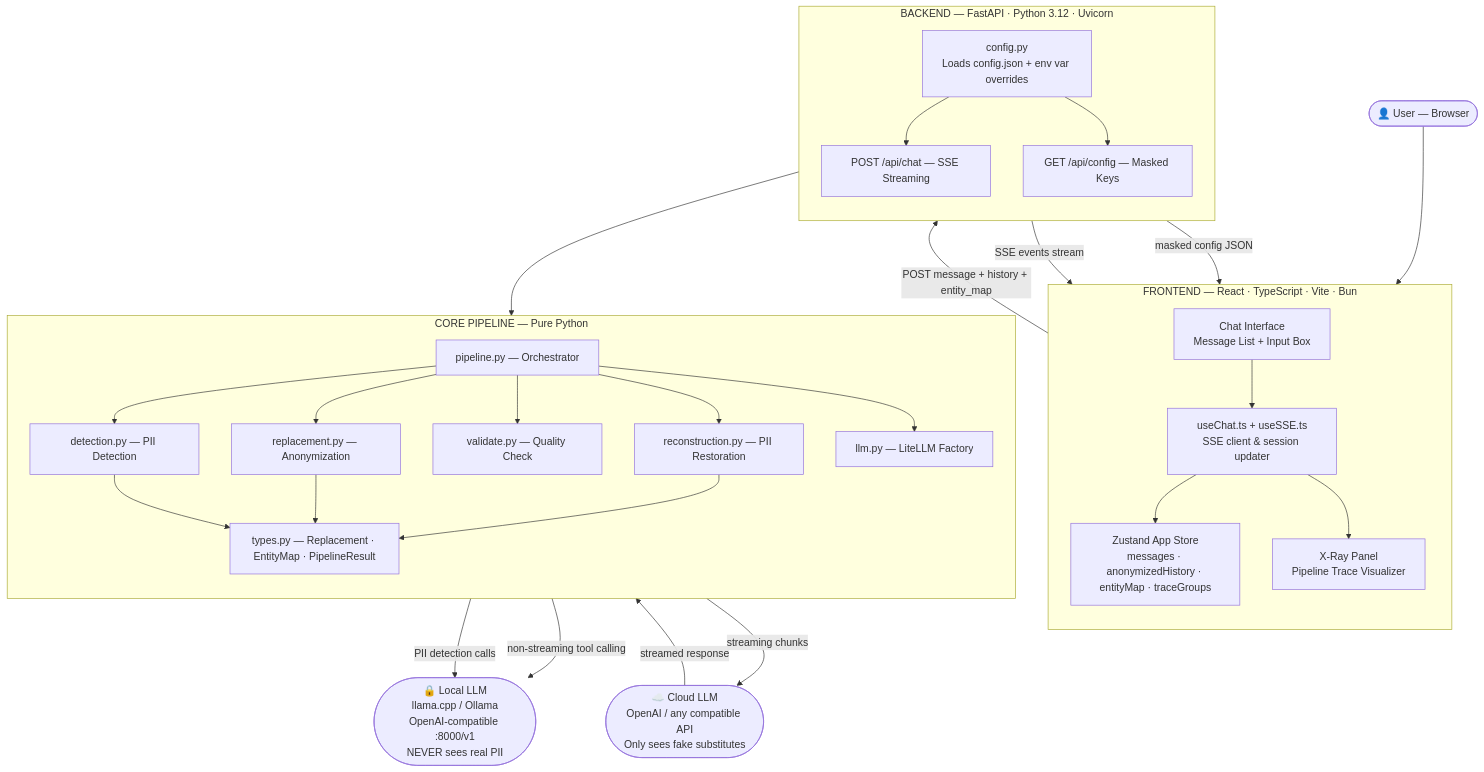
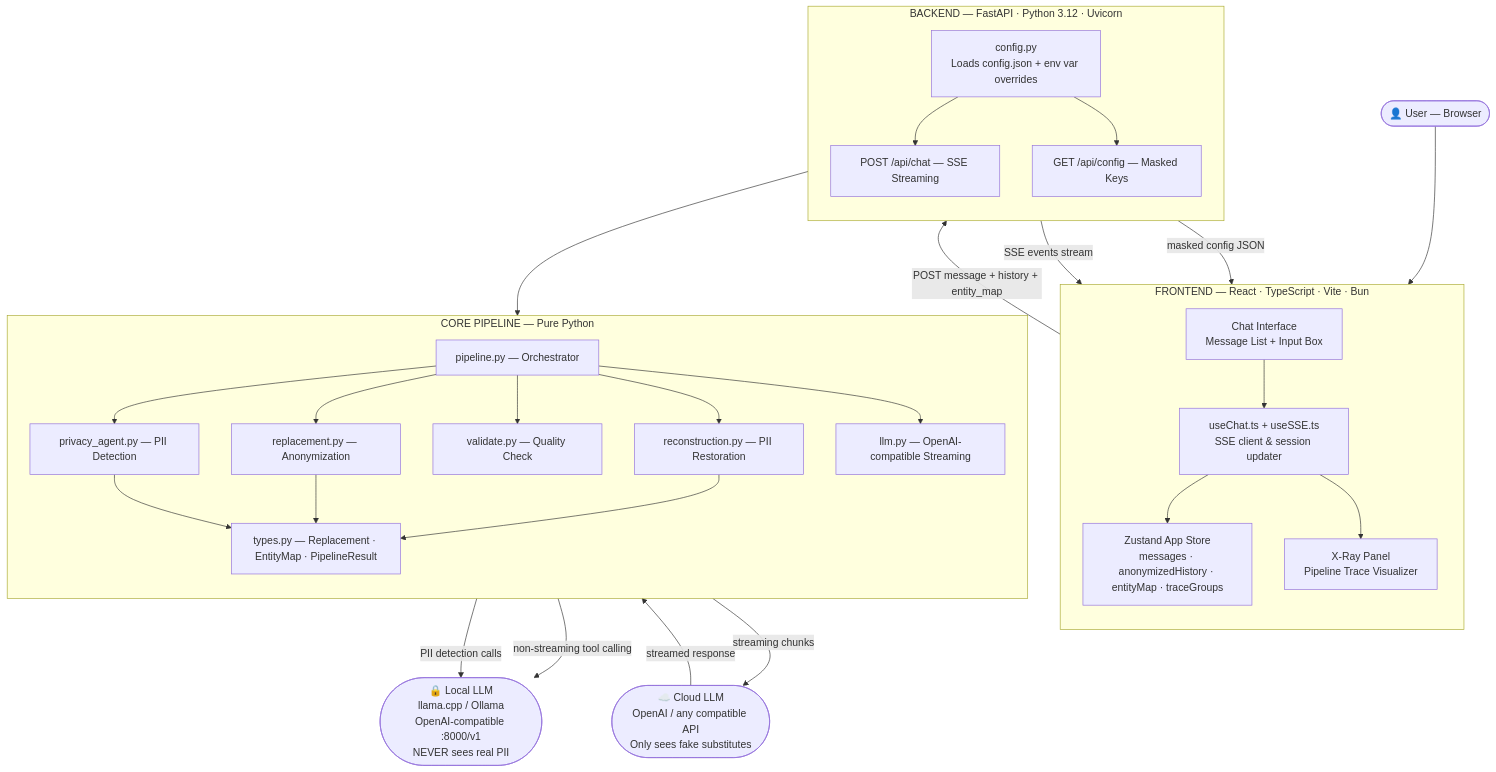
The first of 6 diagrams in diagrams.md (itzrnvr/CloakChat), drawn with Mermaid before and after one commit. The commit also changed other lines of this file and 72 other files, not shown here.

First line of the commit message:
feat: PydanticAI privacy agent, clarification flow, debug tracing, verification

````diff
--- a/diagrams.md
+++ b/diagrams.md
@@ -9,60 +9,60 @@
 ```mermaid
 flowchart TD
     A(["👤 User — Browser"])
 
     subgraph FE["FRONTEND — React · TypeScript · Vite · Bun"]
         direction TB
         ChatUI["Chat Interface\nMessage List + Input Box"]
         XRay["X-Ray Panel\nPipeline Trace Visualizer"]
         Store["Zustand App Store\nmessages · anonymizedHistory · entityMap · traceGroups"]
         Hooks["useChat.ts + useSSE.ts\nSSE client & session updater"]
     end
 
     subgraph BE["BACKEND — FastAPI · Python 3.12 · Uvicorn"]
         direction TB
         Config["config.py\nLoads config.json + env var overrides"]
         ChatRoute["POST /api/chat — SSE Streaming"]
         ConfigRoute["GET /api/config — Masked Keys"]
     end
 
     subgraph CORE["CORE PIPELINE — Pure Python"]
         direction TB
         Pipeline["pipeline.py — Orchestrator"]
-        Detection["detection.py — PII Detection"]
+        Detection["privacy_agent.py — PII Detection"]
         Replacement["replacement.py — Anonymization"]
         Validation["validate.py — Quality Check"]
         Reconstruction["reconstruction.py — PII Restoration"]
-        LLMFactory["llm.py — LiteLLM Factory"]
+        LLMFactory["llm.py — OpenAI-compatible Streaming"]
         Types["types.py — Replacement · EntityMap · PipelineResult"]
     end
 
     LocalLLM(["🔒 Local LLM\nllama.cpp / Ollama\nOpenAI-compatible :8000/v1\nNEVER sees real PII"])
     CloudLLM(["☁️ Cloud LLM\nOpenAI / any compatible API\nOnly sees fake substitutes"])
 
     A --> ChatUI
     ChatUI --> Hooks
     Hooks --> Store
     Hooks -->|"POST message + history + entity_map"| ChatRoute
     ConfigRoute -->|"masked config JSON"| Store
 
     Config --> ChatRoute
     Config --> ConfigRoute
     ChatRoute --> Pipeline
 
     Pipeline --> Detection
     Pipeline --> Replacement
     Pipeline --> Validation
     Pipeline --> Reconstruction
     Pipeline --> LLMFactory
     Detection --> Types
     Replacement --> Types
     Reconstruction --> Types
 
     LLMFactory -->|"non-streaming tool calling"| LocalLLM
     LLMFactory -->|"streaming chunks"| CloudLLM
     Detection -->|"PII detection calls"| LocalLLM
 
     CloudLLM -->|"streamed response"| Reconstruction
     ChatRoute -->|"SSE events stream"| Hooks
     Hooks --> XRay
 ```
````
